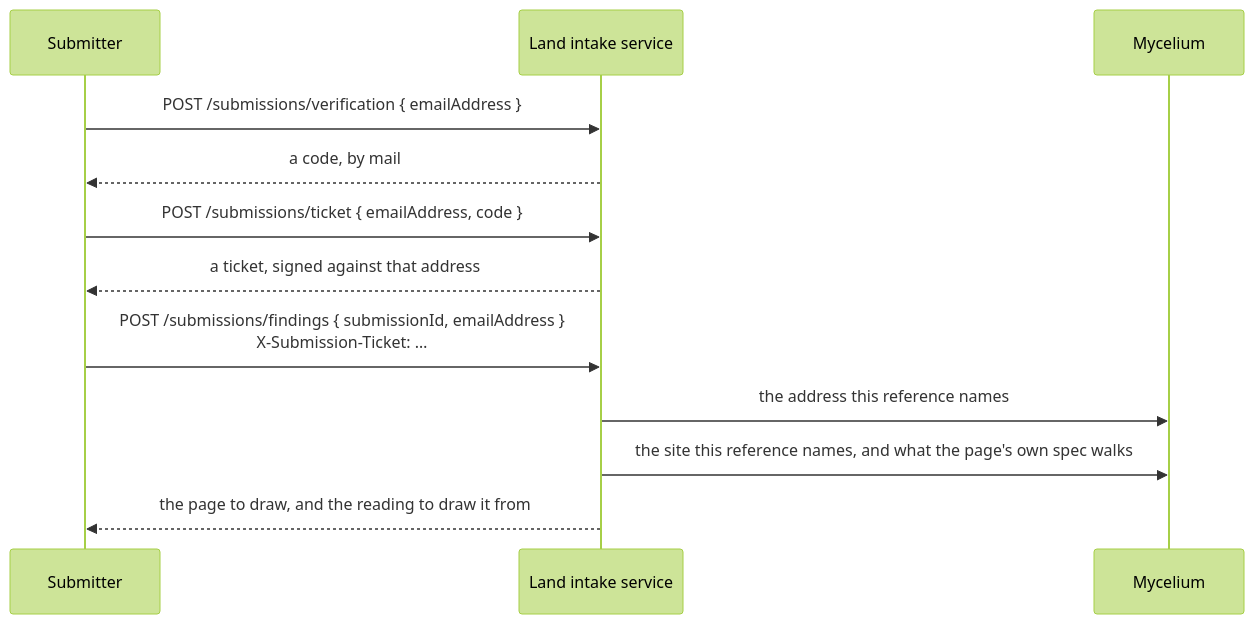
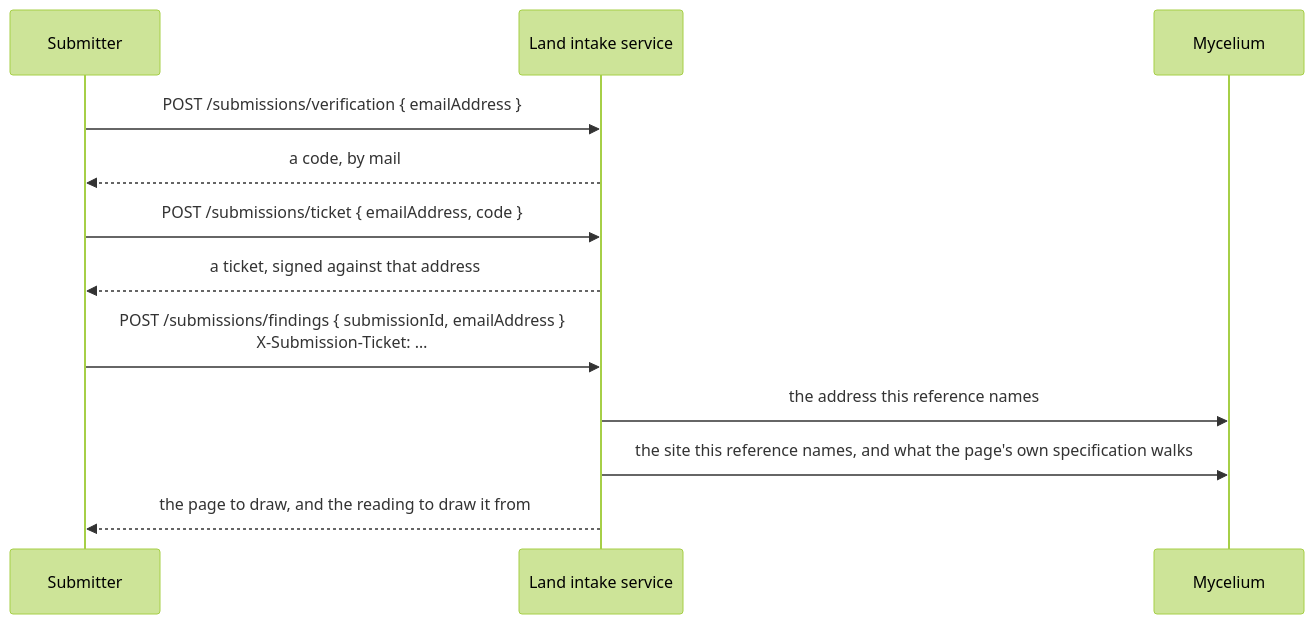
One commit to ReGen-Villages/VillageOS-API changed the tenth of 11 diagrams in docs/LAND_INTAKE.md. Above: the diagram before and after it, drawn with Mermaid (forest theme). The commit also changed other lines of this file and 9 other files, not shown here.

Commit message:
docs(#7497): the land-intake, temporal-reads, Tributary, services and contract guides and four diagrams take their sentences from the collector

````diff
--- a/docs/LAND_INTAKE.md
+++ b/docs/LAND_INTAKE.md
@@ -1272,14 +1272,14 @@
 ```mermaid
 sequenceDiagram
   participant S as Submitter
   participant LI as Land intake service
   participant M as Mycelium
   S->>LI: POST /submissions/verification { emailAddress }
   LI-->>S: a code, by mail
   S->>LI: POST /submissions/ticket { emailAddress, code }
   LI-->>S: a ticket, signed against that address
   S->>LI: POST /submissions/findings { submissionId, emailAddress }<br/>X-Submission-Ticket: …
   LI->>M: the address this reference names
-  LI->>M: the site this reference names, and what the page's own spec walks
+  LI->>M: the site this reference names, and what the page's own specification walks
   LI-->>S: the page to draw, and the reading to draw it from
 ```
````
